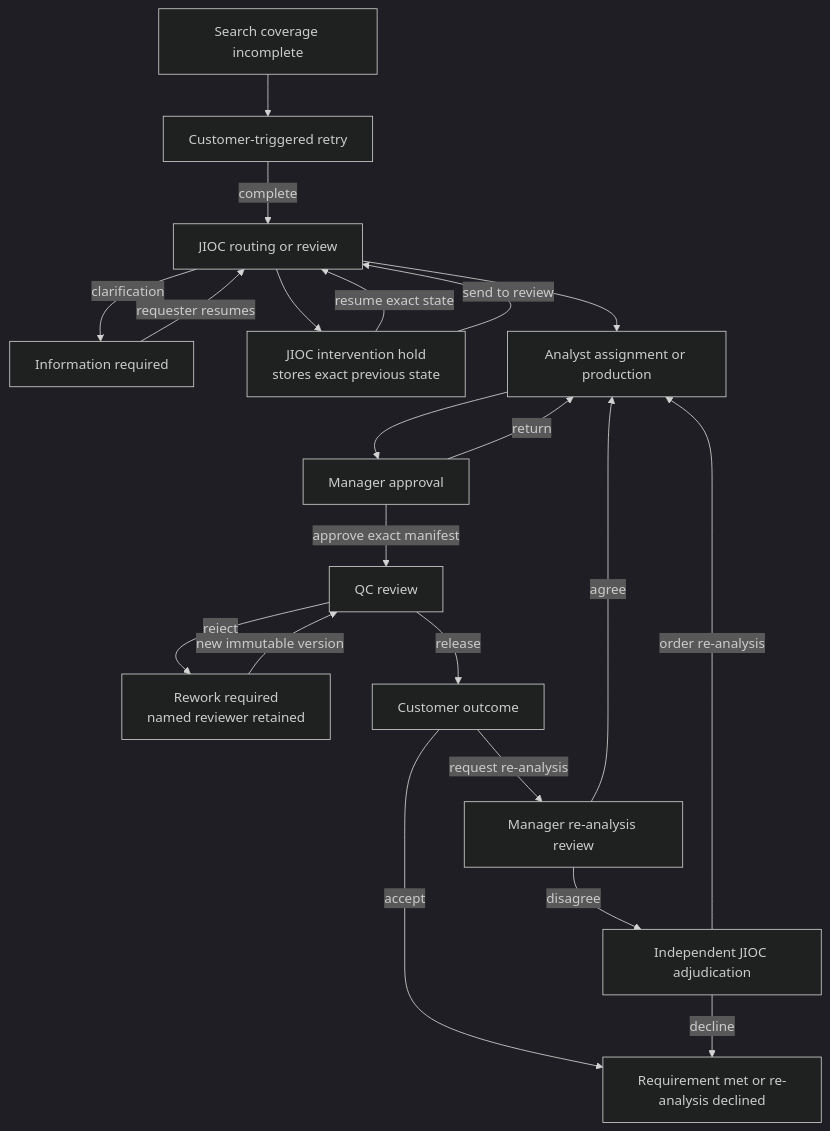
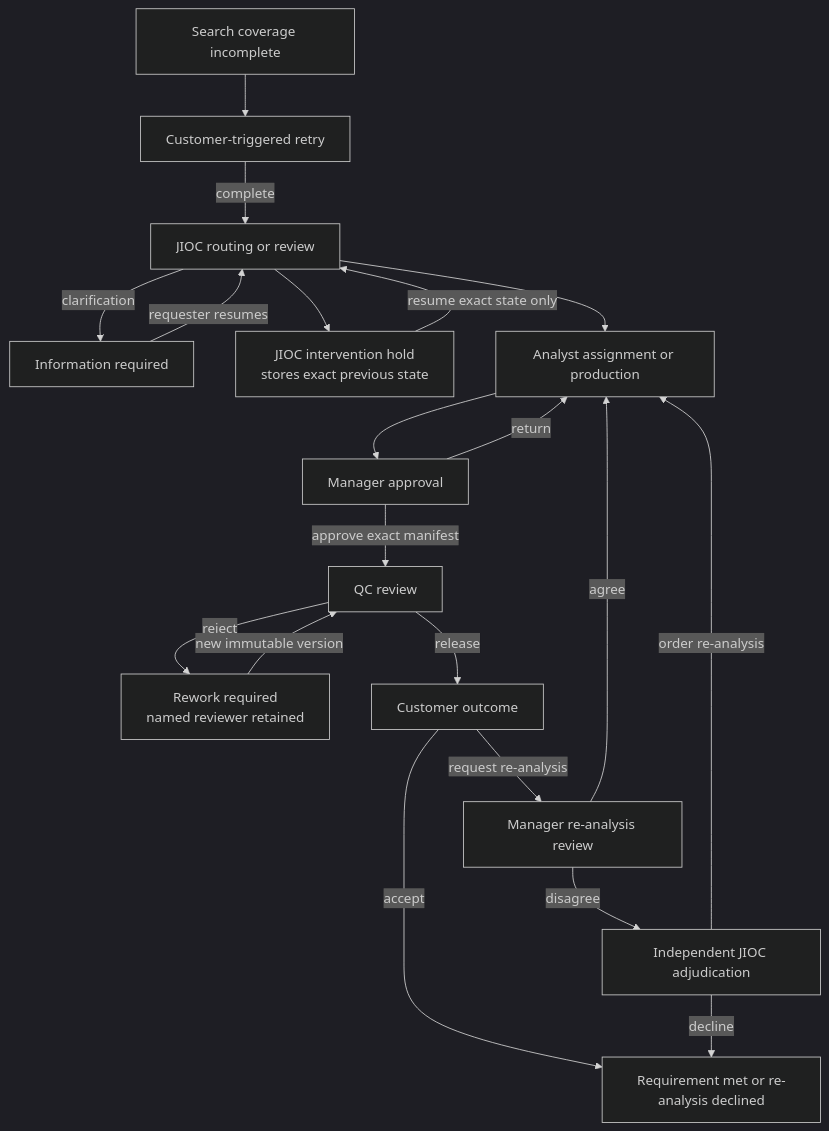
One commit to ShabalalaWATP/Coeus changed the fifth of 5 diagrams in docs/architecture/USER_AND_WORKFLOW.md. Above: the diagram before and after it, drawn with Mermaid (dark theme). The commit also changed other lines of this file and 77 other files, not shown here.

````diff
--- a/docs/architecture/USER_AND_WORKFLOW.md
+++ b/docs/architecture/USER_AND_WORKFLOW.md
@@ -276,35 +280,34 @@
 ```mermaid
 flowchart TB
     accTitle: Workflow exception and rework loops
     accDescr: Search degradation, clarification, routing holds, manager rework, QC rework and disputed re-analysis return to controlled earlier stages.
 
     SEARCH["Search coverage incomplete"]
     RETRY["Customer-triggered retry"]
     INFO["Information required"]
     ROUTE["JIOC routing or review"]
     HOLD["JIOC intervention hold<br/>stores exact previous state"]
     ASSIGN["Analyst assignment or production"]
     MREV["Manager approval"]
     QREV["QC review"]
     REWORK["Rework required<br/>named reviewer retained"]
     DELIVERY["Customer outcome"]
     MANAGER["Manager re-analysis review"]
     JIOC["Independent JIOC adjudication"]
     CLOSED["Requirement met or re-analysis declined"]
 
     SEARCH --> RETRY -->|"complete"| ROUTE
     ROUTE -->|"clarification"| INFO -->|"requester resumes"| ROUTE
-    ROUTE --> HOLD -->|"resume exact state"| ROUTE
-    HOLD -->|"send to review"| ROUTE
+    ROUTE --> HOLD -->|"resume exact state only"| ROUTE
     ROUTE --> ASSIGN --> MREV
     MREV -->|"return"| ASSIGN
     MREV -->|"approve exact manifest"| QREV
     QREV -->|"reject"| REWORK -->|"new immutable version"| QREV
     QREV -->|"release"| DELIVERY
     DELIVERY -->|"accept"| CLOSED
     DELIVERY -->|"request re-analysis"| MANAGER
     MANAGER -->|"agree"| ASSIGN
     MANAGER -->|"disagree"| JIOC
     JIOC -->|"order re-analysis"| ASSIGN
     JIOC -->|"decline"| CLOSED
 ```
````
